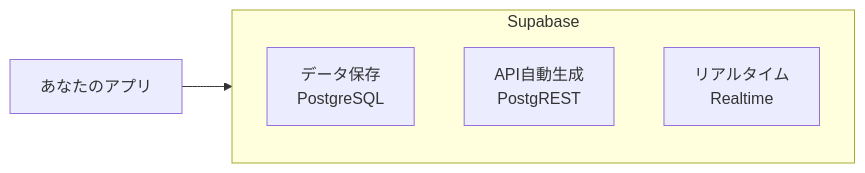
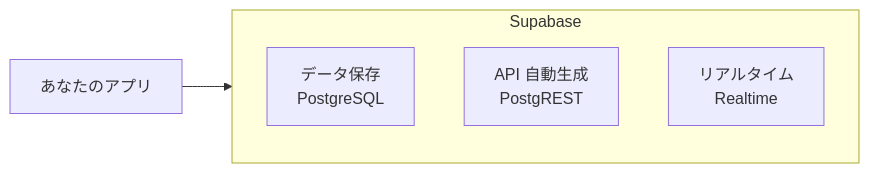
The third of 6 diagrams in docs/chapters/chapter01/index.md (itdojp/supabase-architecture-patterns-book), drawn with Mermaid before and after one commit. The commit also changed other lines of this file and 31 other files, not shown here.

````diff
--- a/docs/chapters/chapter01/index.md
+++ b/docs/chapters/chapter01/index.md
@@ -89,10 +89,10 @@
 ```mermaid
 flowchart LR
     A[あなたのアプリ] --> B[Supabase]
-    
+
     subgraph B[Supabase]
         C[ データ保存<br/>PostgreSQL]
-        D[ API自動生成<br/>PostgREST]
+        D[ API 自動生成<br/>PostgREST]
         E[ リアルタイム<br/>Realtime]
     end
 ```
````
